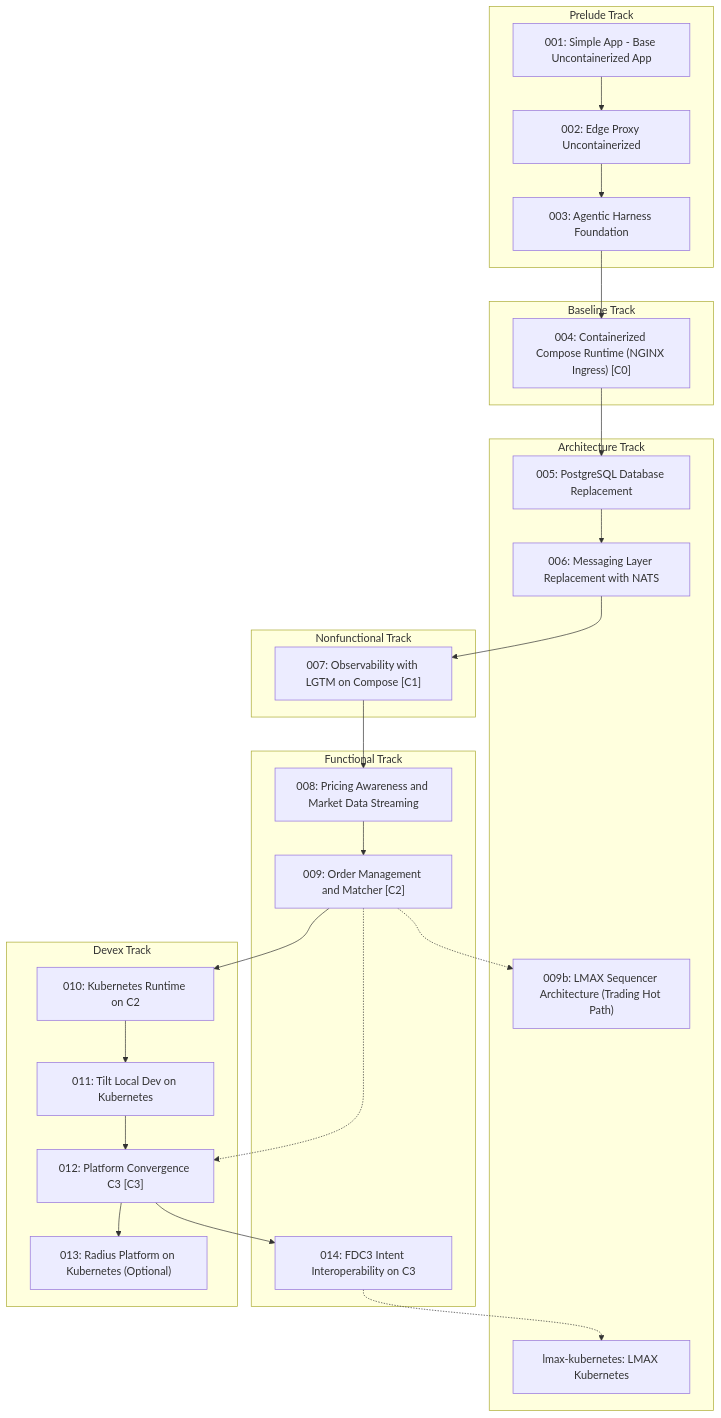
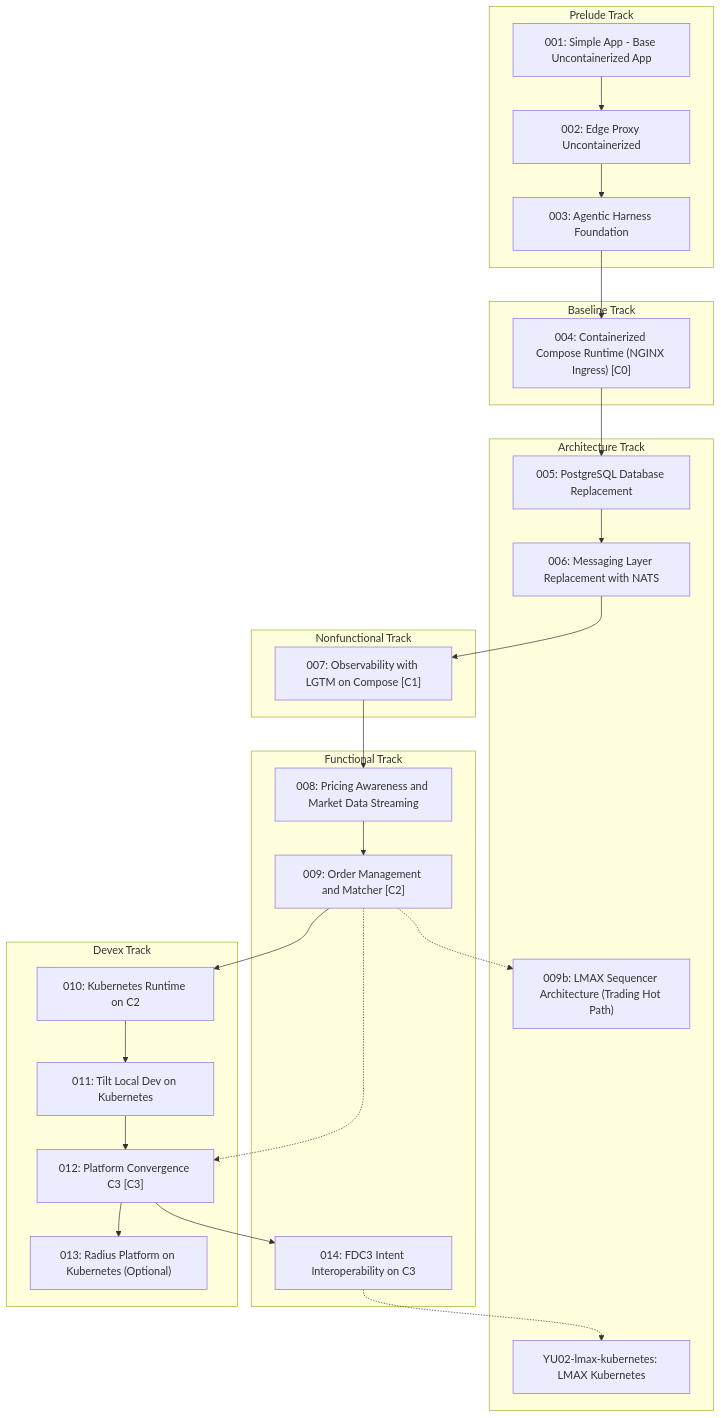
One commit to YU-CS-Summer-2026-Distributed-TraderX/traderX changed the third of 3 diagrams in docs/learning-paths/index.md. Above: the diagram before and after it, drawn with Mermaid. The commit also changed other lines of this file and 229 other files, not shown here.

````diff
--- a/docs/learning-paths/index.md
+++ b/docs/learning-paths/index.md
@@ -116,48 +116,48 @@
 ```mermaid
 flowchart TB
   subgraph PRELUDE["Prelude Track"]
     S001_baseline_uncontainerized_parity["001: Simple App - Base Uncontainerized App"]
     S002_edge_proxy_uncontainerized["002: Edge Proxy Uncontainerized"]
     S003_agentic_harness_foundation["003: Agentic Harness Foundation"]
   end
   subgraph BASELINE["Baseline Track"]
     S004_containerized_compose_runtime["004: Containerized Compose Runtime (NGINX Ingress) [C0]"]
   end
   subgraph ARCHITECTURE["Architecture Track"]
     S005_postgres_database_replacement["005: PostgreSQL Database Replacement"]
     S006_messaging_nats_replacement["006: Messaging Layer Replacement with NATS"]
     S009b_lmax_sequencer_architecture["009b: LMAX Sequencer Architecture (Trading Hot Path)"]
-    Slmax_kubernetes["lmax-kubernetes: LMAX Kubernetes"]
+    Slmax_kubernetes["YU02-lmax-kubernetes: LMAX Kubernetes"]
   end
   subgraph NONFUNCTIONAL["Nonfunctional Track"]
     S007_observability_lgtm_compose["007: Observability with LGTM on Compose [C1]"]
   end
   subgraph FUNCTIONAL["Functional Track"]
     S008_pricing_awareness_market_data["008: Pricing Awareness and Market Data Streaming"]
     S009_order_management_matcher["009: Order Management and Matcher [C2]"]
     S014_fdc3_intent_interoperability["014: FDC3 Intent Interoperability on C3"]
   end
   subgraph DEVEX["Devex Track"]
     S010_kubernetes_runtime["010: Kubernetes Runtime on C2"]
     S011_tilt_kubernetes_dev_loop["011: Tilt Local Dev on Kubernetes"]
     S012_platform_convergence_c3["012: Platform Convergence C3 [C3]"]
     S013_radius_kubernetes_platform["013: Radius Platform on Kubernetes (Optional)"]
   end
   S001_baseline_uncontainerized_parity --> S002_edge_proxy_uncontainerized
   S002_edge_proxy_uncontainerized --> S003_agentic_harness_foundation
   S003_agentic_harness_foundation --> S004_containerized_compose_runtime
   S004_containerized_compose_runtime --> S005_postgres_database_replacement
   S005_postgres_database_replacement --> S006_messaging_nats_replacement
   S006_messaging_nats_replacement --> S007_observability_lgtm_compose
   S007_observability_lgtm_compose --> S008_pricing_awareness_market_data
   S008_pricing_awareness_market_data --> S009_order_management_matcher
   S009_order_management_matcher -.-> S009b_lmax_sequencer_architecture
   S009_order_management_matcher --> S010_kubernetes_runtime
   S010_kubernetes_runtime --> S011_tilt_kubernetes_dev_loop
   S011_tilt_kubernetes_dev_loop --> S012_platform_convergence_c3
   S012_platform_convergence_c3 --> S013_radius_kubernetes_platform
   S012_platform_convergence_c3 --> S014_fdc3_intent_interoperability
   S014_fdc3_intent_interoperability -.-> Slmax_kubernetes
   S009_order_management_matcher -.-> S012_platform_convergence_c3
   classDef convergence fill:#d7f5dd,stroke:#2e7d32,stroke-width:2px
 ```
````
